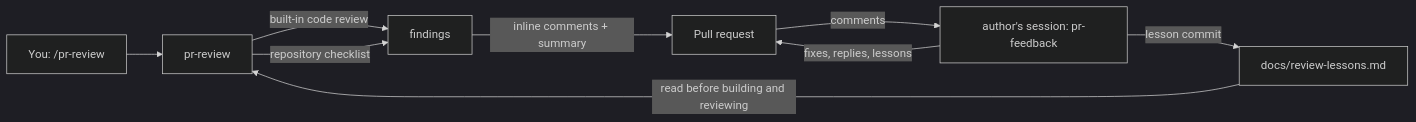
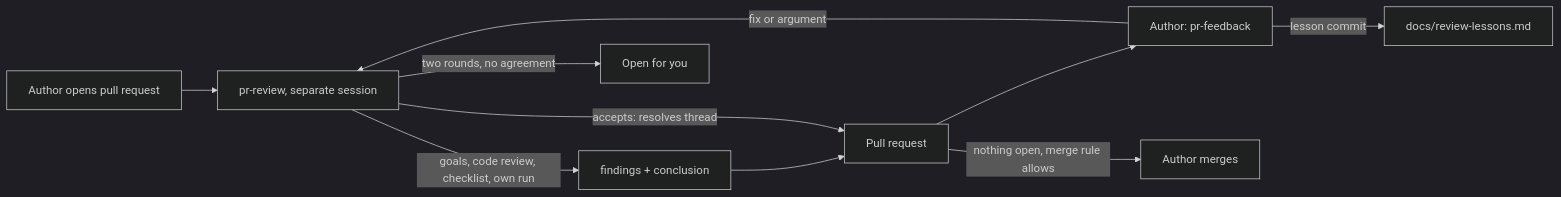
The diagram in .agents/skills/pr-review/README.md (SMB-M87/Kinetra), drawn with Mermaid (dark theme) before and after one commit. The commit also changed other lines of this file and 8 other files, not shown here.

First line of the commit message:
feat(workflow): agent review on every pull request, merges under a rule

````diff
--- a/.agents/skills/pr-review/README.md
+++ b/.agents/skills/pr-review/README.md
@@ -30,11 +30,12 @@
 ```mermaid
 flowchart LR
-    U[You: /pr-review] --> R[pr-review]
-    R -->|built-in code review| F[findings]
-    R -->|repository checklist| F
-    F -->|inline comments + summary| PR[Pull request]
-    PR -->|comments| A[author's session: pr-feedback]
-    A -->|fixes, replies, lessons| PR
+    A0[Author opens pull request] --> R[pr-review, separate session]
+    R -->|goals, code review, checklist, own run| F[findings + conclusion]
+    F --> PR[Pull request]
+    PR --> A[Author: pr-feedback]
+    A -->|fix or argument| R
+    R -->|accepts: resolves thread| PR
+    R -->|two rounds, no agreement| U[Open for you]
+    PR -->|nothing open, merge rule allows| M[Author merges]
     A -->|lesson commit| L[docs/review-lessons.md]
-    L -->|read before building and reviewing| R
 ```
````
